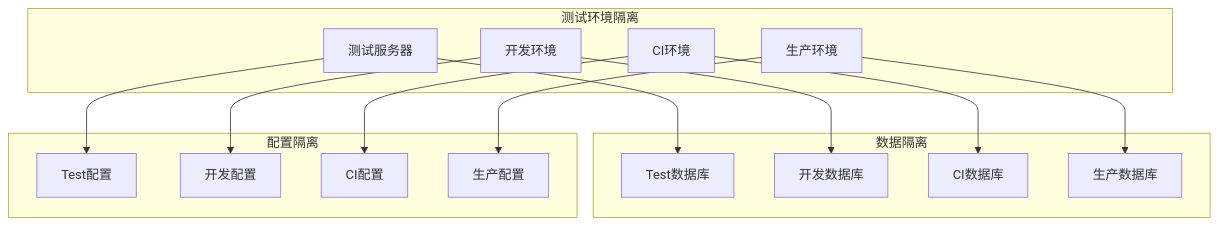
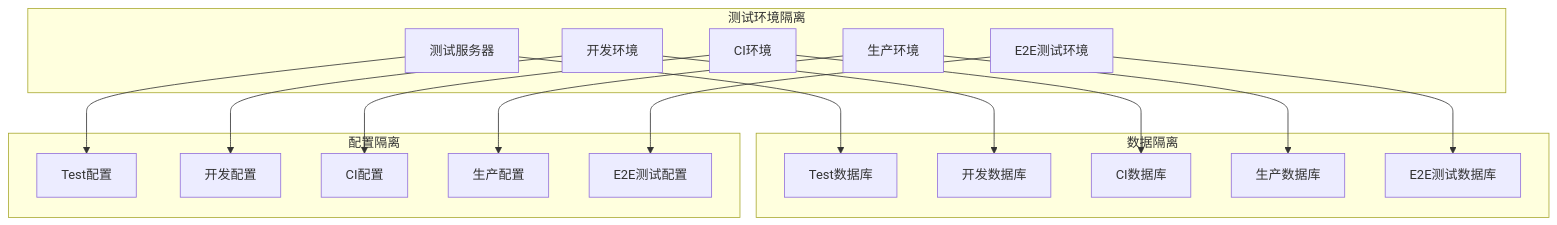
One commit to liuzh2008/med_ai_assistant_workspace changed the ninth of 19 diagrams in .qoder/repowiki/zh/content/Development Environment Features.md. Above: the diagram before and after it, drawn with Mermaid. The commit also changed other lines of this file and 3 other files, not shown here.

````diff
--- a/.qoder/repowiki/zh/content/Development Environment Features.md
+++ b/.qoder/repowiki/zh/content/Development Environment Features.md
@@ -375,29 +415,34 @@
 ```mermaid
 graph TB
 subgraph "测试环境隔离"
 TEST_SERVER[测试服务器]
 DEV_ENV[开发环境]
 CI_ENV[CI环境]
 PROD_ENV[生产环境]
+E2E_ENV[E2E测试环境]
 end
 subgraph "数据隔离"
 TEST_DB[Test数据库]
 DEV_DB[开发数据库]
 CI_DB[CI数据库]
 PROD_DB[生产数据库]
+E2E_DB[E2E测试数据库]
 end
 subgraph "配置隔离"
 TEST_CONFIG[Test配置]
 DEV_CONFIG[开发配置]
 CI_CONFIG[CI配置]
 PROD_CONFIG[生产配置]
+E2E_CONFIG[E2E测试配置]
 end
 TEST_SERVER --> TEST_DB
 TEST_SERVER --> TEST_CONFIG
 DEV_ENV --> DEV_DB
 DEV_ENV --> DEV_CONFIG
 CI_ENV --> CI_DB
 CI_ENV --> CI_CONFIG
 PROD_ENV --> PROD_DB
 PROD_ENV --> PROD_CONFIG
+E2E_ENV --> E2E_DB
+E2E_ENV --> E2E_CONFIG
 ```
````
